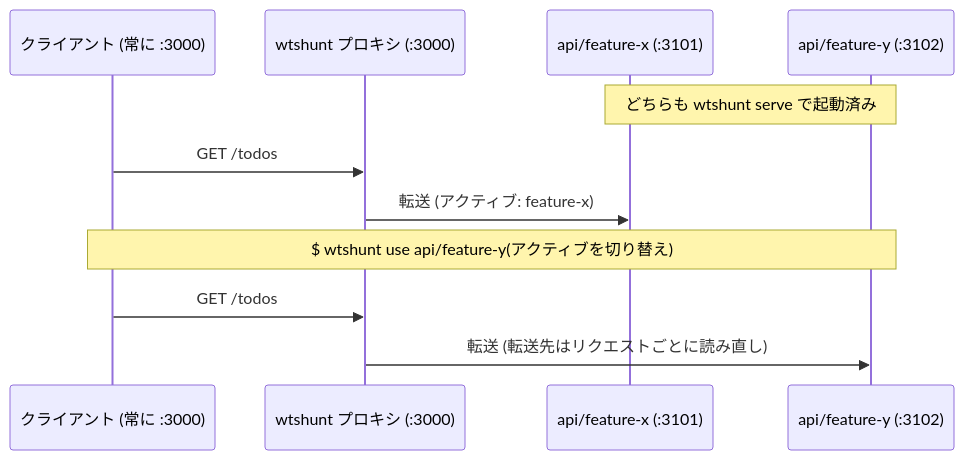
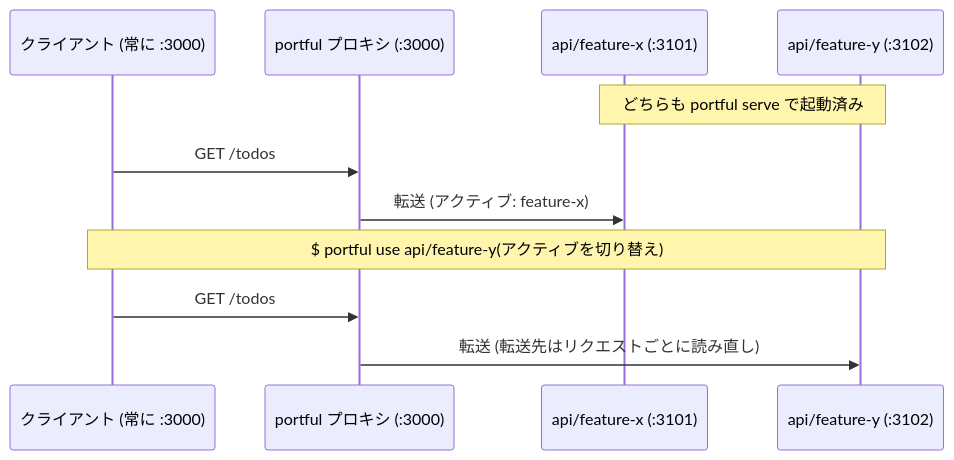
One commit to meganemura/portful changed the diagram in README.ja.md. Above: the diagram before and after it, drawn with Mermaid. The commit also changed other lines of this file and 4 other files, not shown here.

````diff
--- a/README.ja.md
+++ b/README.ja.md
@@ -69,13 +118,13 @@
 ```mermaid
 sequenceDiagram
     participant C as クライアント (常に :3000)
-    participant P as wtshunt プロキシ (:3000)
+    participant P as portful プロキシ (:3000)
     participant X as api/feature-x (:3101)
     participant Y as api/feature-y (:3102)
-    Note over X,Y: どちらも wtshunt serve で起動済み
+    Note over X,Y: どちらも portful serve で起動済み
     C->>P: GET /todos
     P->>X: 転送 (アクティブ: feature-x)
-    Note over C,Y: $ wtshunt use api/feature-y(アクティブを切り替え)
+    Note over C,Y: $ portful use api/feature-y(アクティブを切り替え)
     C->>P: GET /todos
     P->>Y: 転送 (転送先はリクエストごとに読み直し)
 ```
````
